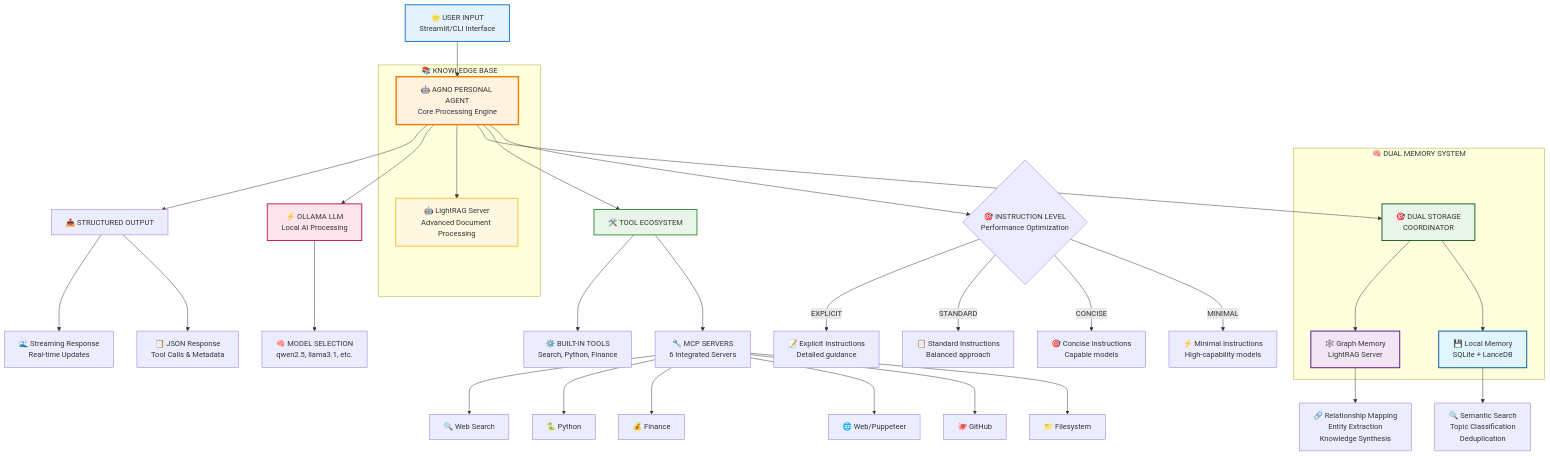
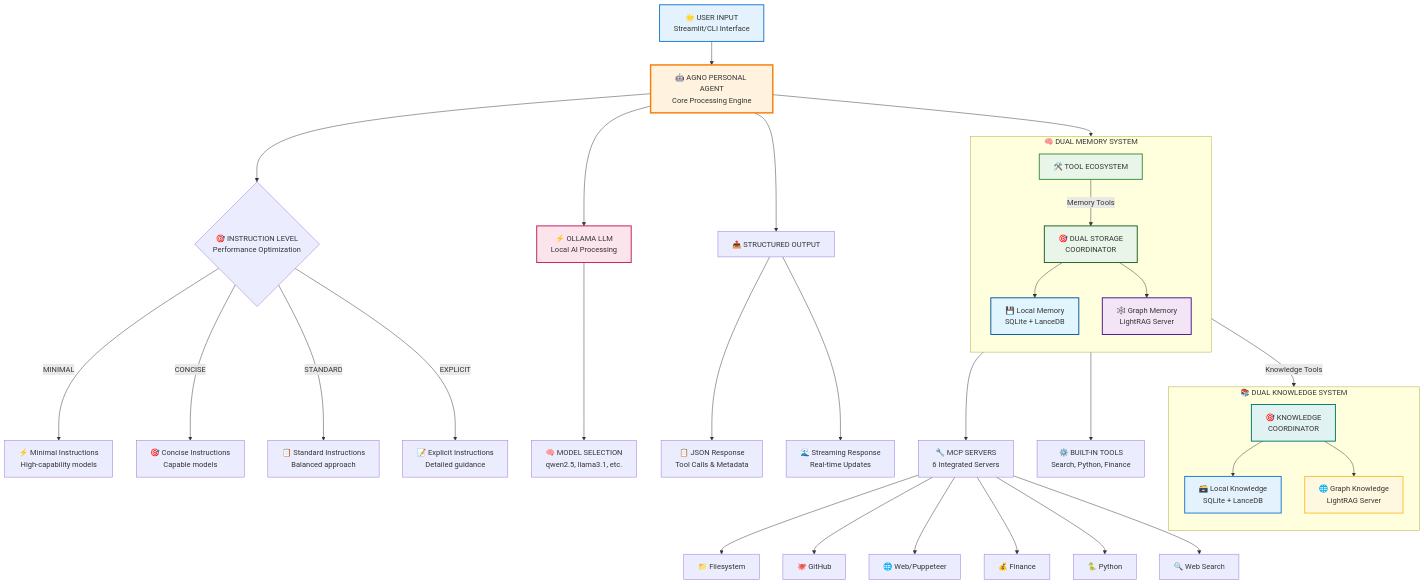
The third of 3 diagrams in README.md (suchanek/personal_agent), drawn with Mermaid before and after one commit. The commit also changed other lines of this file and 1 other file, not shown here.

````diff
--- a/README.md
+++ b/README.md
@@ -71,50 +94,54 @@
 ```mermaid
 graph TD
     UI[🌟 USER INPUT<br/>Streamlit/CLI Interface] --> AGENT[🤖 AGNO PERSONAL AGENT<br/>Core Processing Engine]
     
     AGENT --> IL{🎯 INSTRUCTION LEVEL<br/>Performance Optimization}
     IL --> |MINIMAL| MIN[⚡ Minimal Instructions<br/>High-capability models]
     IL --> |CONCISE| CON[🎯 Concise Instructions<br/>Capable models]
     IL --> |STANDARD| STD[📋 Standard Instructions<br/>Balanced approach]
     IL --> |EXPLICIT| EXP[📝 Explicit Instructions<br/>Detailed guidance]
     
     AGENT --> TOOLS[🛠️ TOOL ECOSYSTEM]
+    
+    subgraph "🧠 DUAL MEMORY SYSTEM"
+        direction TB
+        TOOLS -- "Memory Tools" --> DSC[🎯 DUAL STORAGE<br/>COORDINATOR]
+        DSC --> LOCAL_MEM[💾 Local Memory<br/>SQLite + LanceDB]
+        DSC --> LGM[🕸️ Graph Memory<br/>LightRAG Server]
+    end
+    
+    subgraph "📚 DUAL KNOWLEDGE SYSTEM"
+        direction TB
+        TOOLS -- "Knowledge Tools" --> KBC[🎯 KNOWLEDGE<br/>COORDINATOR]
+        KBC --> LOCAL_KB[🗃️ Local Knowledge<br/>SQLite + LanceDB]
+        KBC --> GKB[🌐 Graph Knowledge<br/>LightRAG Server]
+    end
+
     TOOLS --> MCP[🔧 MCP SERVERS<br/>6 Integrated Servers]
     TOOLS --> BUILTIN[⚙️ BUILT-IN TOOLS<br/>Search, Python, Finance]
     
     MCP --> FS[📁 Filesystem]
     MCP --> GH[🐙 GitHub]
     MCP --> WEB[🌐 Web/Puppeteer]
     MCP --> FIN[💰 Finance]
     MCP --> PY[🐍 Python]
     MCP --> SEARCH[🔍 Web Search]
 
-    AGENT --> DSC[🎯 DUAL STORAGE<br/>COORDINATOR]
-    subgraph "🧠 DUAL MEMORY SYSTEM"
-        DSC --> LOCAL[💾 Local Memory<br/>SQLite + LanceDB]
-        DSC --> LGM[🕸️ Graph Memory<br/>LightRAG Server]
-    end
-
-    subgraph "📚 KNOWLEDGE BASE"
-        AGENT --> LKB[🤖 LightRAG Server<br/>Advanced Document Processing]
-    end
-
-    LOCAL --> SEMANTIC[🔍 Semantic Search<br/>Topic Classification<br/>Deduplication]
-    LGM --> RELATIONS[🔗 Relationship Mapping<br/>Entity Extraction<br/>Knowledge Synthesis]
-    
     AGENT --> OLLAMA[⚡ OLLAMA LLM<br/>Local AI Processing]
     OLLAMA --> MODELS[🧠 MODEL SELECTION<br/>qwen2.5, llama3.1, etc.]
     
     AGENT --> OUTPUT[📤 STRUCTURED OUTPUT]
     OUTPUT --> JSON[📋 JSON Response<br/>Tool Calls & Metadata]
     OUTPUT --> STREAM[🌊 Streaming Response<br/>Real-time Updates]
     
     style UI fill:#e3f2fd,stroke:#1976d2,stroke-width:2px
     style AGENT fill:#fff3e0,stroke:#f57c00,stroke-width:3px
+    style TOOLS fill:#e8f5e8,stroke:#388e3c,stroke-width:2px
     style DSC fill:#e8f5e8,stroke:#1b5e20,stroke-width:2px
-    style LOCAL fill:#e1f5fe,stroke:#01579b,stroke-width:2px
+    style KBC fill:#e0f2f1,stroke:#00796b,stroke-width:2px
+    style LOCAL_MEM fill:#e1f5fe,stroke:#01579b,stroke-width:2px
     style LGM fill:#f3e5f5,stroke:#4a148c,stroke-width:2px
-    style LKB fill:#fff8e1,stroke:#fbc02d,stroke-width:2px
-    style TOOLS fill:#e8f5e8,stroke:#388e3c,stroke-width:2px
+    style LOCAL_KB fill:#e3f2fd,stroke:#1976d2,stroke-width:2px
+    style GKB fill:#fff8e1,stroke:#fbc02d,stroke-width:2px
     style OLLAMA fill:#fce4ec,stroke:#c2185b,stroke-width:2px
 ```
````
